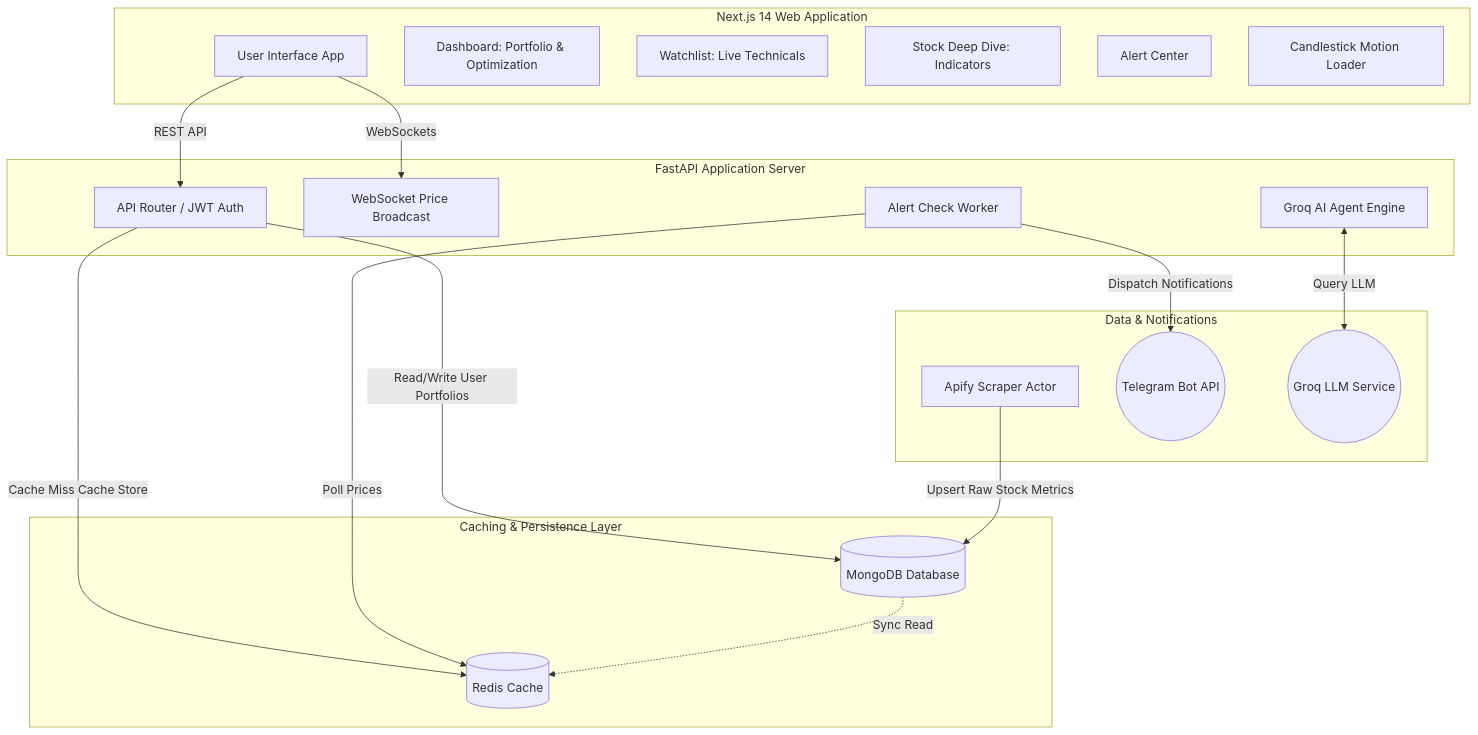
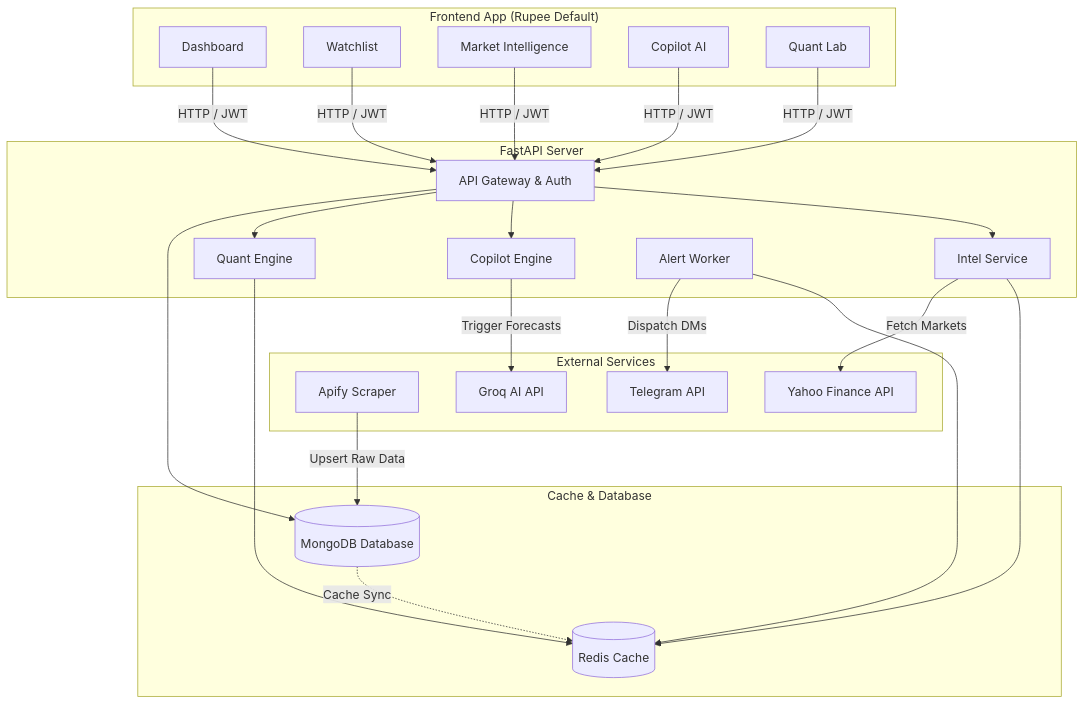
One commit to UjjwalSaini07/Stock-Sentinel changed the first of 2 diagrams in README.md. Above: the diagram before and after it, drawn with Mermaid. The commit also changed other lines of this file and 3 other files, not shown here.

````diff
--- a/README.md
+++ b/README.md
@@ -15,39 +17,46 @@
 ```mermaid
 graph TD
-    subgraph Frontend [Next.js 14 Web Application]
-        FE[User Interface App]
-        FE_D[Dashboard: Portfolio & Optimization]
-        FE_W[Watchlist: Live Technicals]
-        FE_S[Stock Deep Dive: Indicators]
-        FE_A[Alert Center]
-      	FE_L[Candlestick Motion Loader]
+    subgraph Client ["Frontend App (Rupee Default)"]
+        FE_D[Dashboard]
+        FE_W[Watchlist]
+        FE_INTEL[Market Intelligence]
+        FE_CO[Copilot AI]
+        FE_QL[Quant Lab]
     end
 
-    subgraph Backend [FastAPI Application Server]
-        BE[API Router / JWT Auth]
-        BE_WS[WebSocket Price Broadcast]
-        BE_AC[Alert Check Worker]
-        BE_AI[Groq AI Agent Engine]
+    subgraph Server ["FastAPI Server"]
+        BE_GW[API Gateway & Auth]
+        BE_INTEL[Intel Service]
+        BE_CO[Copilot Engine]
+        BE_QL[Quant Engine]
+        BE_AC[Alert Worker]
     end
 
-    subgraph Storage [Caching & Persistence Layer]
+    subgraph Storage ["Cache & Database"]
+        RD[(Redis Cache)]
         MG[(MongoDB Database)]
-        RD[(Redis Cache)]
     end
 
-    subgraph External [Data & Notifications]
-        AP[Apify Scraper Actor]
-        TG((Telegram Bot API))
-        GQ((Groq LLM Service))
+    subgraph External ["External Services"]
+        AP[Apify Scraper]
+        YF[Yahoo Finance API]
+        GQ[Groq AI API]
+        TG[Telegram API]
     end
 
-    FE -->|REST API| BE
-    FE -->|WebSockets| BE_WS
-    BE -->|Read/Write User Portfolios| MG
-    BE -->|Cache Miss Cache Store| RD
-    BE_AC -->|Poll Prices| RD
-    BE_AC -->|Dispatch Notifications| TG
-    BE_AI <-->|Query LLM| GQ
-    AP -->|Upsert Raw Stock Metrics| MG
-    MG -.->|Sync Read| RD
+    %% Routing
+    FE_D & FE_W & FE_INTEL & FE_CO & FE_QL -->|HTTP / JWT| BE_GW
+    BE_GW --> BE_INTEL & BE_CO & BE_QL
+    
+    %% Storage access
+    BE_GW --> MG
+    BE_INTEL & BE_QL --> RD
+    BE_AC --> RD
+    MG -.->|Cache Sync| RD
+
+    %% External APIs
+    AP -->|Upsert Raw Data| MG
+    BE_INTEL -->|Fetch Markets| YF
+    BE_CO -->|Trigger Forecasts| GQ
+    BE_AC -->|Dispatch DMs| TG
 ```
````
